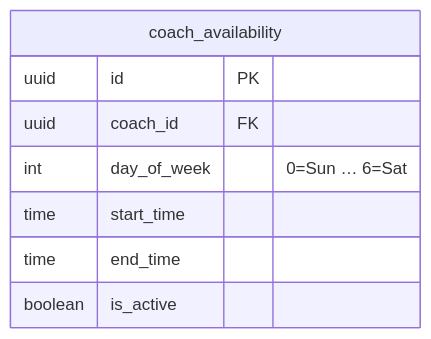
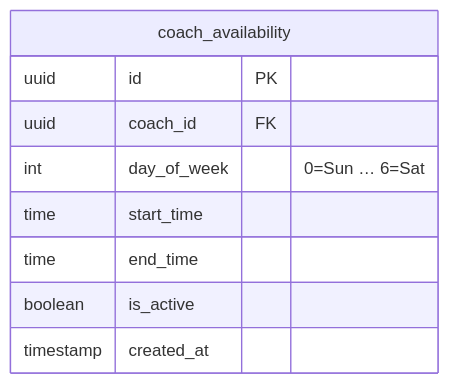
Before and after one commit to hack4impact/mcld-project: the first of 2 diagrams in docs/coaching.md, drawn with Mermaid.

Commit message:
added missing column in docs

````diff
--- a/docs/coaching.md
+++ b/docs/coaching.md
@@ -7,11 +7,12 @@
 ```mermaid
 erDiagram
     coach_availability {
         uuid id PK
         uuid coach_id FK
         int day_of_week "0=Sun … 6=Sat"
         time start_time
         time end_time
         boolean is_active
+        timestamp created_at
     }
 ```
````
